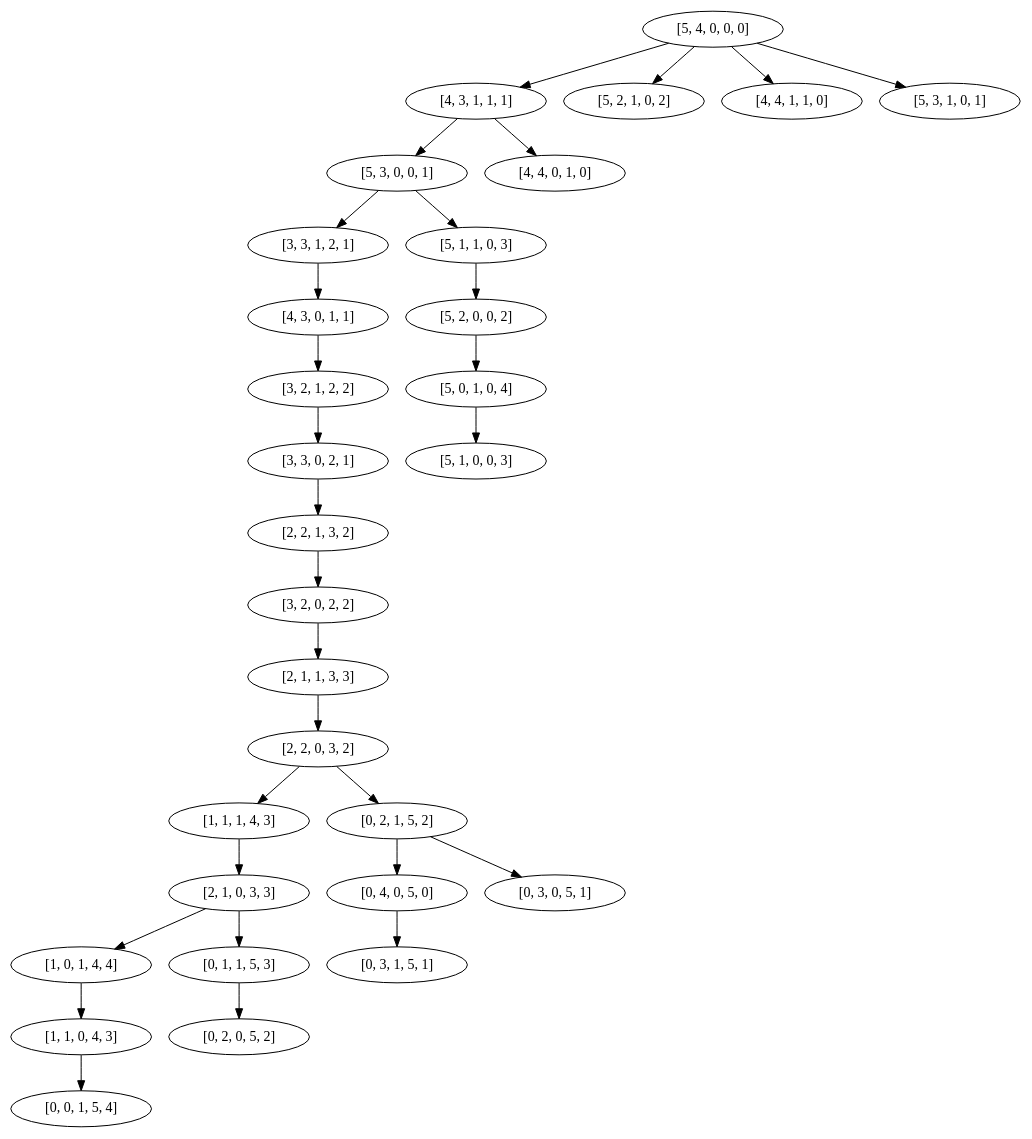
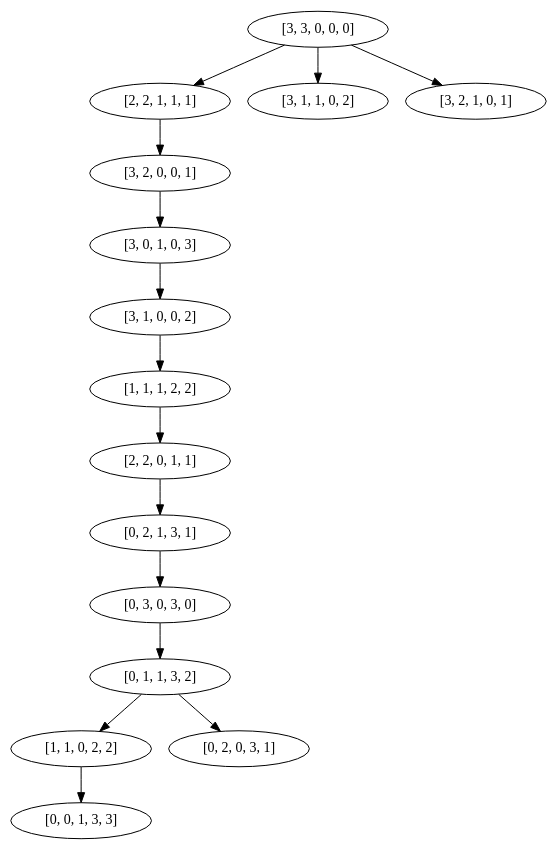
One commit to grzesiaaa/Algorithms_course_tasks changed the diagram in solution.gv. Above: the diagram before and after it, drawn with Graphviz. The commit also changed 2 other files, not shown here.

```diff
--- a/solution.gv
+++ b/solution.gv
@@ -1,31 +1,16 @@
 digraph {
-	"[5, 4, 0, 0, 0]" -> "[4, 3, 1, 1, 1]"
-	"[5, 4, 0, 0, 0]" -> "[5, 2, 1, 0, 2]"
-	"[5, 4, 0, 0, 0]" -> "[4, 4, 1, 1, 0]"
-	"[5, 4, 0, 0, 0]" -> "[5, 3, 1, 0, 1]"
-	"[4, 3, 1, 1, 1]" -> "[5, 3, 0, 0, 1]"
-	"[4, 3, 1, 1, 1]" -> "[4, 4, 0, 1, 0]"
-	"[5, 3, 0, 0, 1]" -> "[3, 3, 1, 2, 1]"
-	"[5, 3, 0, 0, 1]" -> "[5, 1, 1, 0, 3]"
-	"[3, 3, 1, 2, 1]" -> "[4, 3, 0, 1, 1]"
-	"[5, 1, 1, 0, 3]" -> "[5, 2, 0, 0, 2]"
-	"[4, 3, 0, 1, 1]" -> "[3, 2, 1, 2, 2]"
-	"[5, 2, 0, 0, 2]" -> "[5, 0, 1, 0, 4]"
-	"[3, 2, 1, 2, 2]" -> "[3, 3, 0, 2, 1]"
-	"[5, 0, 1, 0, 4]" -> "[5, 1, 0, 0, 3]"
-	"[3, 3, 0, 2, 1]" -> "[2, 2, 1, 3, 2]"
-	"[2, 2, 1, 3, 2]" -> "[3, 2, 0, 2, 2]"
-	"[3, 2, 0, 2, 2]" -> "[2, 1, 1, 3, 3]"
-	"[2, 1, 1, 3, 3]" -> "[2, 2, 0, 3, 2]"
-	"[2, 2, 0, 3, 2]" -> "[1, 1, 1, 4, 3]"
-	"[2, 2, 0, 3, 2]" -> "[0, 2, 1, 5, 2]"
-	"[1, 1, 1, 4, 3]" -> "[2, 1, 0, 3, 3]"
-	"[0, 2, 1, 5, 2]" -> "[0, 4, 0, 5, 0]"
-	"[0, 2, 1, 5, 2]" -> "[0, 3, 0, 5, 1]"
-	"[2, 1, 0, 3, 3]" -> "[1, 0, 1, 4, 4]"
-	"[2, 1, 0, 3, 3]" -> "[0, 1, 1, 5, 3]"
-	"[0, 4, 0, 5, 0]" -> "[0, 3, 1, 5, 1]"
-	"[1, 0, 1, 4, 4]" -> "[1, 1, 0, 4, 3]"
-	"[0, 1, 1, 5, 3]" -> "[0, 2, 0, 5, 2]"
-	"[1, 1, 0, 4, 3]" -> "[0, 0, 1, 5, 4]"
+	"[3, 3, 0, 0, 0]" -> "[2, 2, 1, 1, 1]"
+	"[3, 3, 0, 0, 0]" -> "[3, 1, 1, 0, 2]"
+	"[3, 3, 0, 0, 0]" -> "[3, 2, 1, 0, 1]"
+	"[2, 2, 1, 1, 1]" -> "[3, 2, 0, 0, 1]"
+	"[3, 2, 0, 0, 1]" -> "[3, 0, 1, 0, 3]"
+	"[3, 0, 1, 0, 3]" -> "[3, 1, 0, 0, 2]"
+	"[3, 1, 0, 0, 2]" -> "[1, 1, 1, 2, 2]"
+	"[1, 1, 1, 2, 2]" -> "[2, 2, 0, 1, 1]"
+	"[2, 2, 0, 1, 1]" -> "[0, 2, 1, 3, 1]"
+	"[0, 2, 1, 3, 1]" -> "[0, 3, 0, 3, 0]"
+	"[0, 3, 0, 3, 0]" -> "[0, 1, 1, 3, 2]"
+	"[0, 1, 1, 3, 2]" -> "[1, 1, 0, 2, 2]"
+	"[0, 1, 1, 3, 2]" -> "[0, 2, 0, 3, 1]"
+	"[1, 1, 0, 2, 2]" -> "[0, 0, 1, 3, 3]"
 }
```
